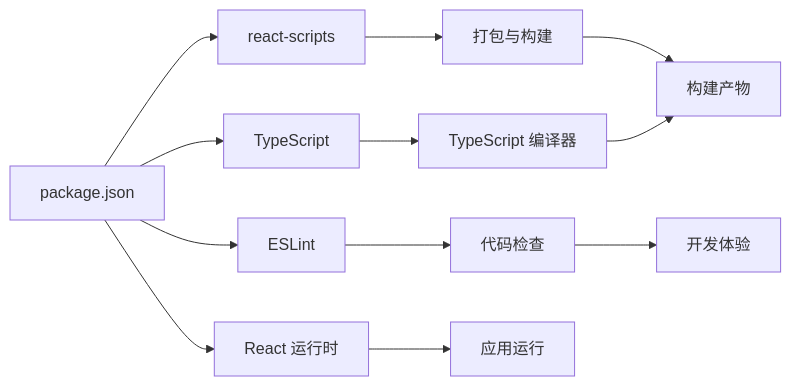
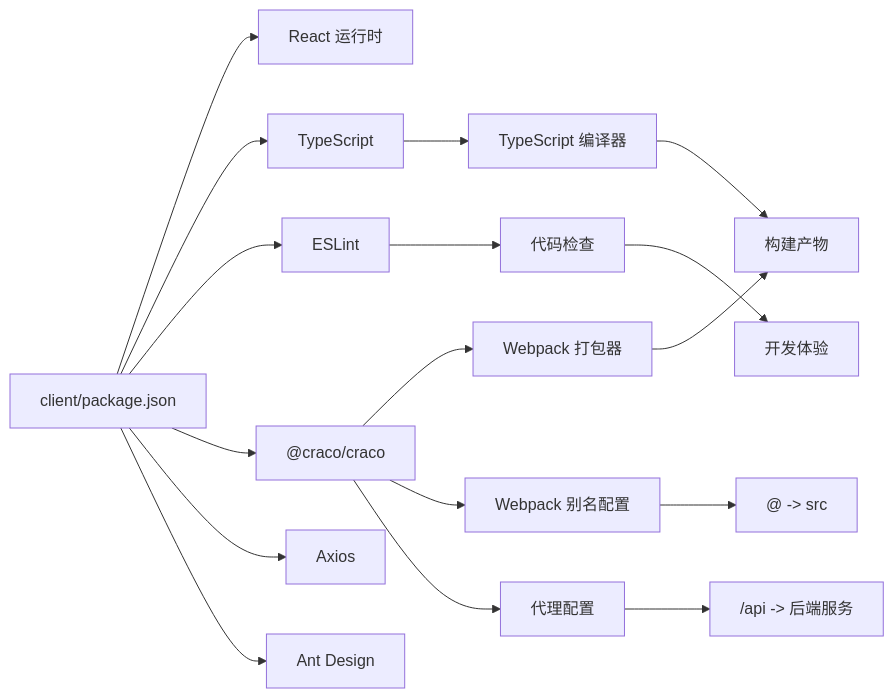
The fourth of 4 diagrams in .qoder/repowiki/zh/content/构建与部署.md (kkxxll/reactNext), drawn with Mermaid before and after one commit. The commit also changed other lines of this file and 12 other files, not shown here.

````diff
--- a/.qoder/repowiki/zh/content/构建与部署.md
+++ b/.qoder/repowiki/zh/content/构建与部署.md
@@ -279,14 +326,19 @@
 ```mermaid
 graph LR
-P["package.json"] --> R["React 运行时"]
+P["client/package.json"] --> R["React 运行时"]
 P --> T["TypeScript"]
 P --> E["ESLint"]
-P --> S["react-scripts"]
-S --> B["打包与构建"]
+P --> C["@craco/craco"]
+P --> AX["Axios"]
+P --> AD["Ant Design"]
+C --> B["Webpack 打包器"]
+C --> W["Webpack 别名配置"]
+C --> X["代理配置"]
 T --> JSC["TypeScript 编译器"]
 E --> Lint["代码检查"]
-R --> App["应用运行"]
 B --> Out["构建产物"]
+W --> Alias["@ -> src"]
+X --> Proxy["/api -> 后端服务"]
 JSC --> Out
 Lint --> Dev["开发体验"]
 ```
````
